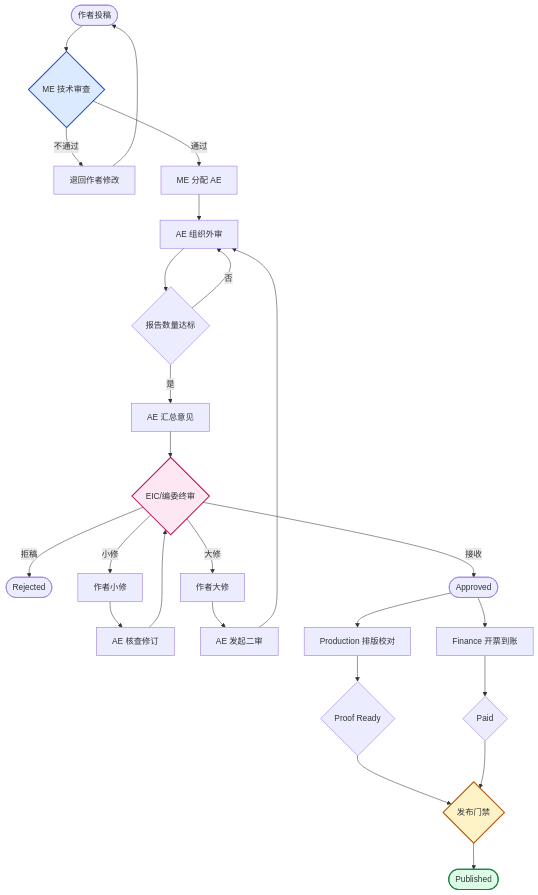
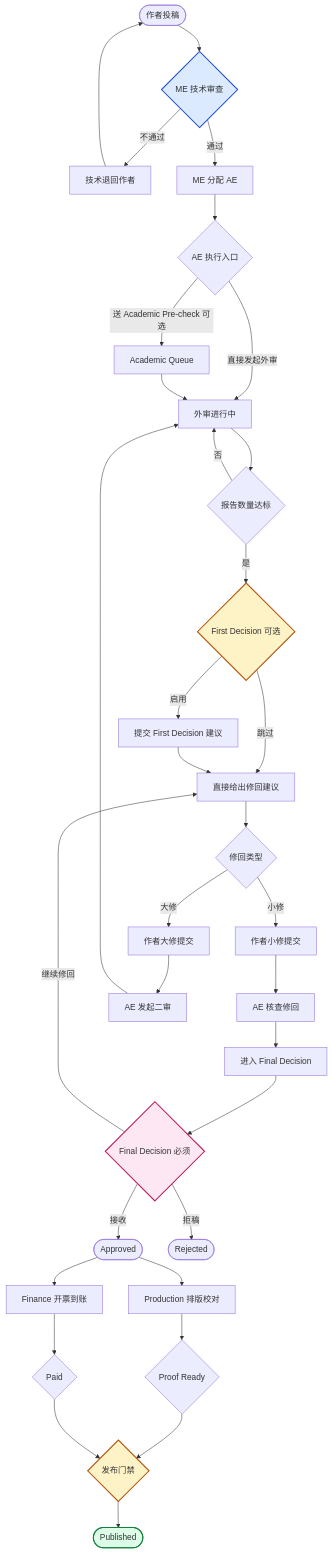
Before and after one commit to LouisLau-art/scholar-flow: the diagram in docs/flow_lifecycle_v3.mmd, drawn with Mermaid. The commit also changed 15 other files, not shown here.

Commit message:
feat(workflow): align optional precheck/first and final-after-resubmission; fix v3 pdf rendering

```diff
--- a/docs/flow_lifecycle_v3.mmd
+++ b/docs/flow_lifecycle_v3.mmd
@@ -1,33 +1,44 @@
 flowchart TD
     A0([作者投稿]) --> A1{ME 技术审查}
-    A1 -- 不通过 --> A2[退回作者修改]
+    A1 -- 不通过 --> A2[技术退回作者]
     A2 --> A0
     A1 -- 通过 --> A3[ME 分配 AE]
 
-    A3 --> B1[AE 组织外审]
-    B1 --> B2{报告数量达标}
-    B2 -- 否 --> B1
-    B2 -- 是 --> C1[AE 汇总意见]
+    A3 --> B0{AE 执行入口}
+    B0 -- 直接发起外审 --> B1[外审进行中]
+    B0 -- 送 Academic Pre-check 可选 --> B2[Academic Queue]
+    B2 --> B1
 
-    C1 --> C2{EIC/编委终审}
-    C2 -- 拒稿 --> C3([Rejected])
-    C2 -- 小修 --> C4[作者小修]
-    C4 --> C5[AE 核查修订]
-    C5 --> C2
-    C2 -- 大修 --> C6[作者大修]
-    C6 --> C7[AE 发起二审]
-    C7 --> B1
-    C2 -- 接收 --> D0([Approved])
+    B1 --> C1{报告数量达标}
+    C1 -- 否 --> B1
+    C1 -- 是 --> C2{First Decision 可选}
+    C2 -- 跳过 --> D1[直接给出修回建议]
+    C2 -- 启用 --> D2[提交 First Decision 建议]
+    D2 --> D1
 
-    D0 --> D1[Production 排版校对]
-    D0 --> D2[Finance 开票到账]
-    D1 --> D3{Proof Ready}
-    D2 --> D4{Paid}
-    D3 --> D5{发布门禁}
-    D4 --> D5
-    D5 --> D6([Published])
+    D1 --> E1{修回类型}
+    E1 -- 小修 --> F1[作者小修提交]
+    E1 -- 大修 --> F2[作者大修提交]
+    F1 --> G1[AE 核查修回]
+    G1 --> H1[进入 Final Decision]
+    F2 --> G2[AE 发起二审]
+    G2 --> B1
+
+    H1 --> H2{Final Decision 必须}
+    H2 -- 接收 --> I0([Approved])
+    H2 -- 拒稿 --> I1([Rejected])
+    H2 -- 继续修回 --> D1
+
+    I0 --> J1[Production 排版校对]
+    I0 --> J2[Finance 开票到账]
+    J1 --> J3{Proof Ready}
+    J2 --> J4{Paid}
+    J3 --> J5{发布门禁}
+    J4 --> J5
+    J5 --> J6([Published])
 
     style A1 fill:#dbeafe,stroke:#1d4ed8,stroke-width:2px
-    style C2 fill:#fce7f3,stroke:#be185d,stroke-width:2px
-    style D5 fill:#fef3c7,stroke:#b45309,stroke-width:2px
-    style D6 fill:#dcfce7,stroke:#15803d,stroke-width:2px
+    style C2 fill:#fef3c7,stroke:#b45309,stroke-width:2px
+    style H2 fill:#fce7f3,stroke:#be185d,stroke-width:2px
+    style J5 fill:#fef3c7,stroke:#b45309,stroke-width:2px
+    style J6 fill:#dcfce7,stroke:#15803d,stroke-width:2px
```
